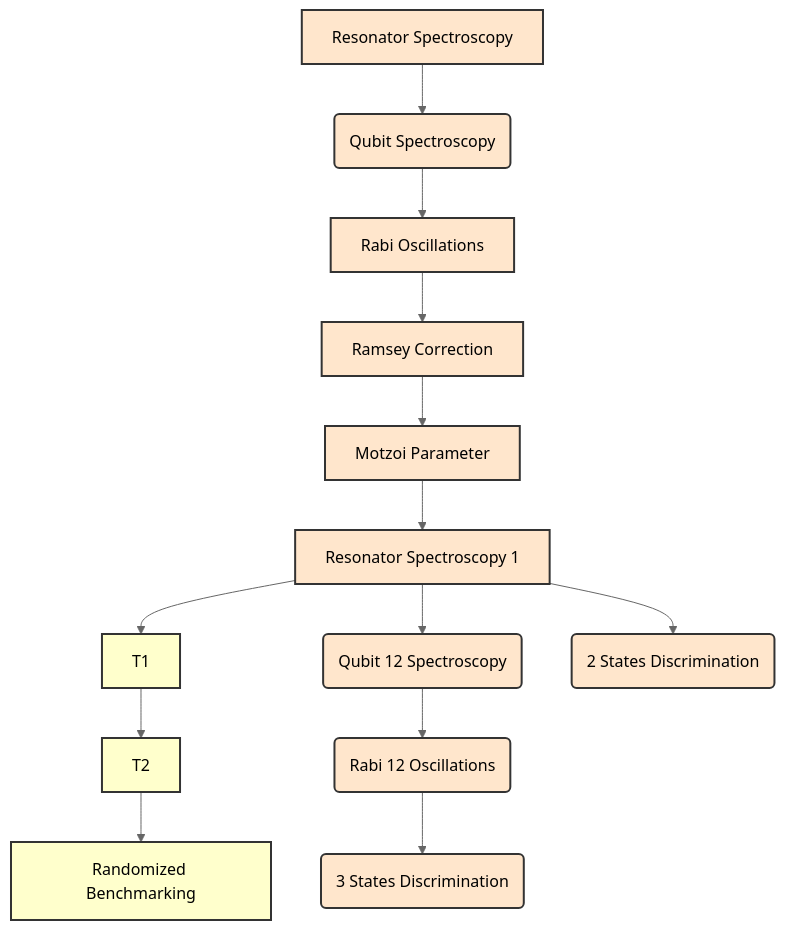
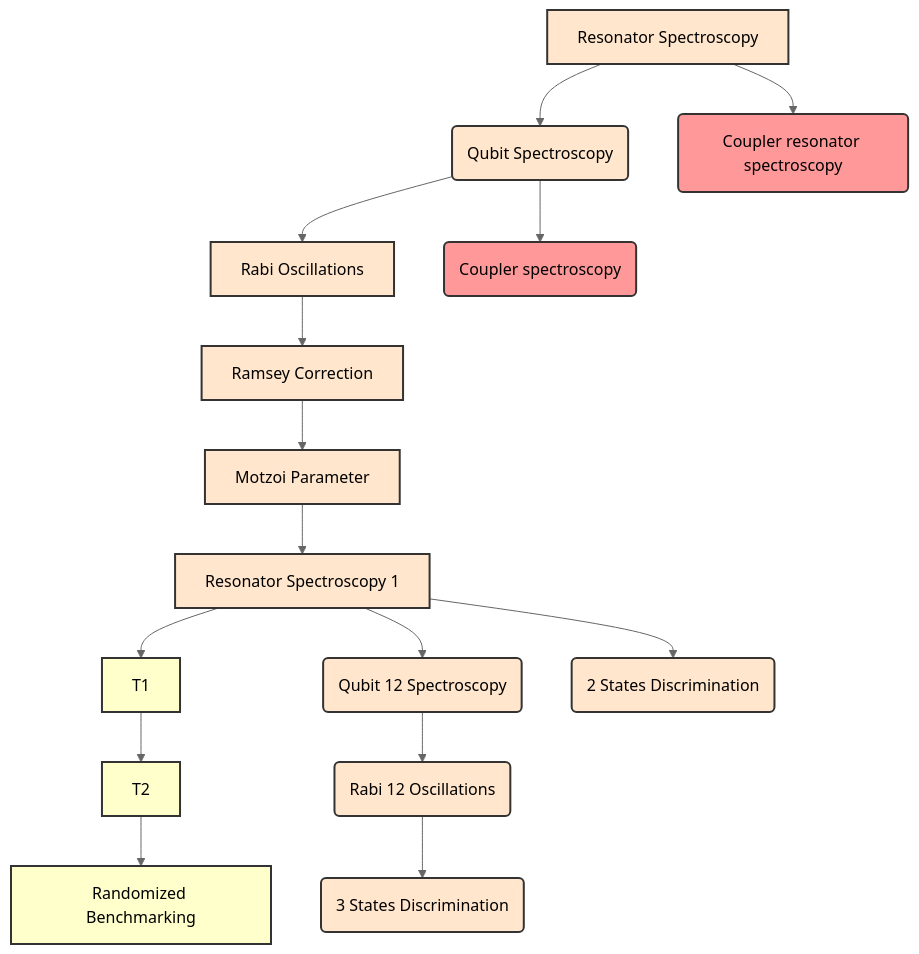
The diagram in docs_editable/available_nodes.qmd (tergite/tergite-autocalibration), drawn with Mermaid (neutral theme) before and after one commit. The commit also changed other lines of this file and 24 other files, not shown here.

Commit message:
Documentation html pages, graph and added rabi that was not included in previous version

````diff
--- a/docs_editable/available_nodes.qmd
+++ b/docs_editable/available_nodes.qmd
@@ -3,29 +3,36 @@
 ```{mermaid}
 graph TD
     A[Resonator Spectroscopy] --> B(Qubit Spectroscopy)
     B --> C[Rabi Oscillations]
     C --> D[Ramsey Correction]
     D --> E[Motzoi Parameter]
     E --> F[Resonator Spectroscopy 1]
     F --> C1[T1] --> C2[T2] --> C3[Randomized Benchmarking]
     F --> F1(Qubit 12 Spectroscopy) --> G(Rabi 12 Oscillations)
     F --> H1(2 States Discrimination)
     G --> H2(3 States Discrimination)
+    A --> I(Coupler resonator spectroscopy)
+    B --> J(Coupler spectroscopy)
         
     click A href "nodes/resonator_spectroscopy_node.html"
     click B href "nodes/qubit_spectroscopy_node.html"
+    click C href "nodes/rabi_oscillations_node.html"
+    click I href "nodes/coupler_resonator_spectroscopy_node.html"
+    click J href "nodes/coupler_spectroscopy_node.html"
 
     style A fill:#ffe6cc,stroke:#333,stroke-width:2px
     style B fill:#ffe6cc,stroke:#333,stroke-width:2px
     style C fill:#ffe6cc,stroke:#333,stroke-width:2px
     style D fill:#ffe6cc,stroke:#333,stroke-width:2px
     style E fill:#ffe6cc,stroke:#333,stroke-width:2px
     style F fill:#ffe6cc,stroke:#333,stroke-width:2px
     style C1 fill:#ffffcc,stroke:#333,stroke-width:2px
     style C2 fill:#ffffcc,stroke:#333,stroke-width:2px
     style C3 fill:#ffffcc,stroke:#333,stroke-width:2px
     style F1 fill:#ffe6cc,stroke:#333,stroke-width:2px
     style G fill:#ffe6cc,stroke:#333,stroke-width:2px
     style H1 fill:#ffe6cc,stroke:#333,stroke-width:2px
     style H2 fill:#ffe6cc,stroke:#333,stroke-width:2px
+    style I fill:#ff9999,stroke:#333,stroke-width:2px
+    style J fill:#ff9999,stroke:#333,stroke-width:2px
 ```
````
